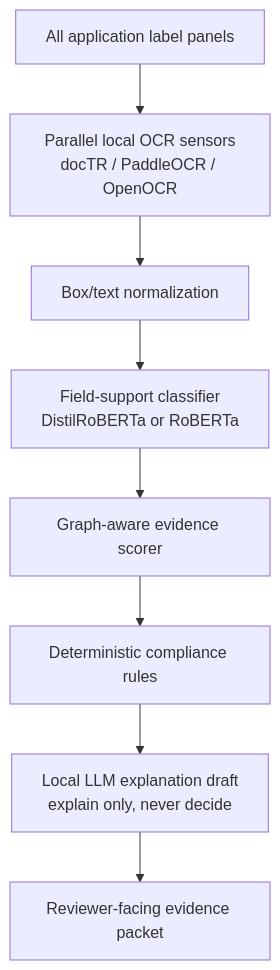
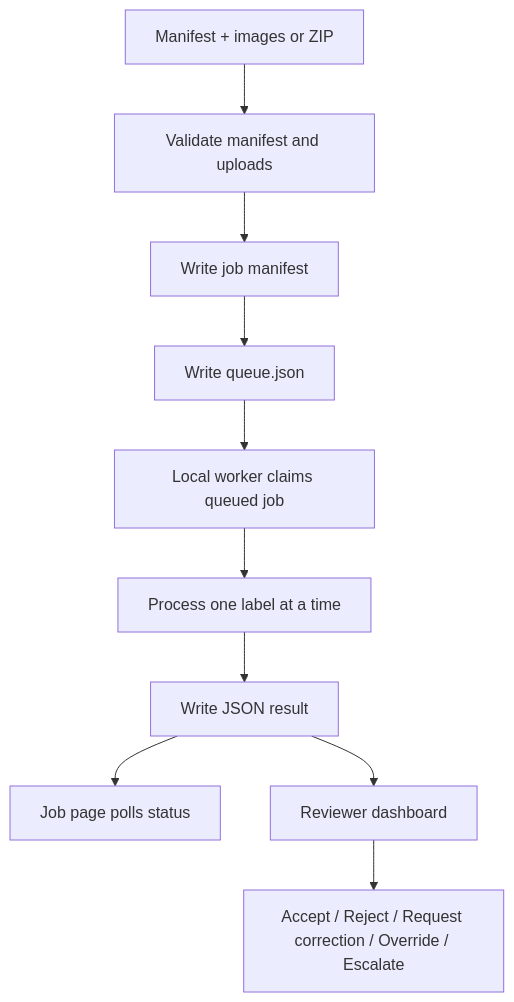
One commit to AaronNHorvitz/Labels-On-Tap changed the second of 2 diagrams in MODEL_ARCHITECTURE.md. Above: the diagram before and after it, drawn with Mermaid. The commit also changed other lines of this file and 35 other files, not shown here.

````diff
--- a/MODEL_ARCHITECTURE.md
+++ b/MODEL_ARCHITECTURE.md
@@ -1112,10 +105,12 @@
 ```mermaid
 flowchart TD
-    A["All application label panels"] --> B["Parallel local OCR sensors<br/>docTR / PaddleOCR / OpenOCR"]
-    B --> C["Box/text normalization"]
-    C --> D["Field-support classifier<br/>DistilRoBERTa or RoBERTa"]
-    D --> E["Graph-aware evidence scorer"]
-    E --> F["Deterministic compliance rules"]
-    F --> G["Local LLM explanation draft<br/>explain only, never decide"]
-    G --> H["Reviewer-facing evidence packet"]
+    A[Manifest + images or ZIP] --> B[Validate manifest and uploads]
+    B --> C[Write job manifest]
+    C --> D[Write queue.json]
+    D --> E[Local worker claims queued job]
+    E --> F[Process one label at a time]
+    F --> G[Write JSON result]
+    G --> H[Job page polls status]
+    G --> I[Reviewer dashboard]
+    I --> J[Accept / Reject / Request correction / Override / Escalate]
 ```
````
